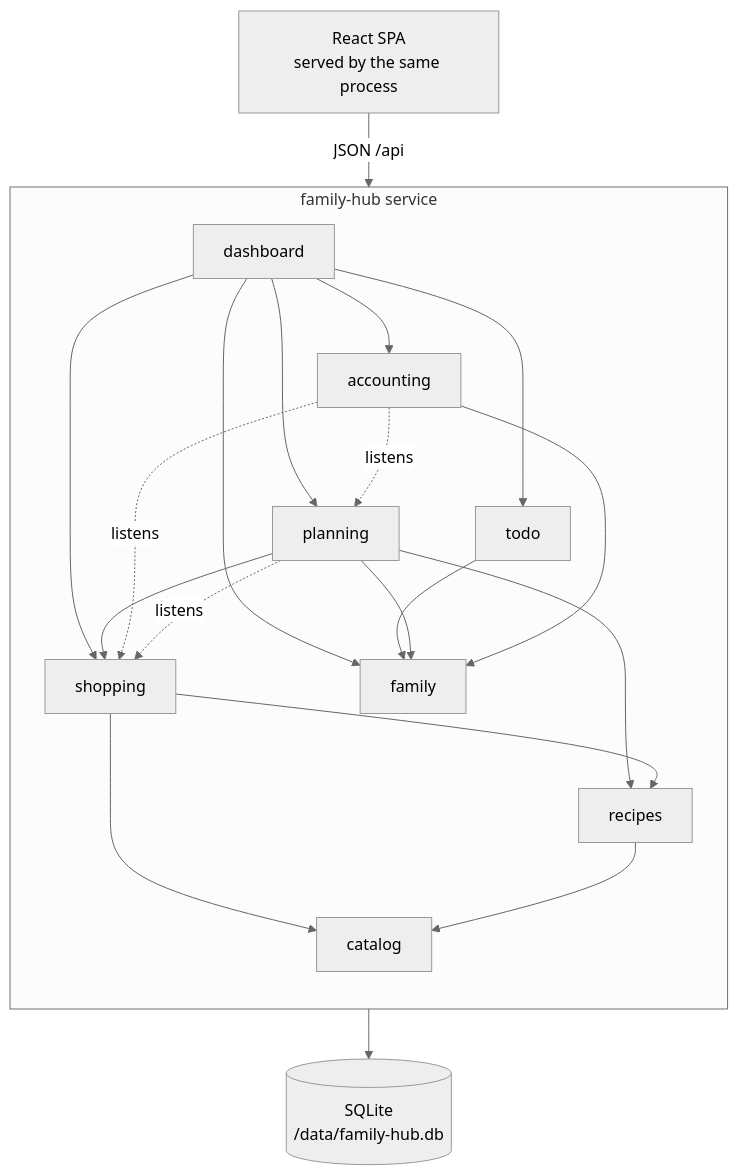
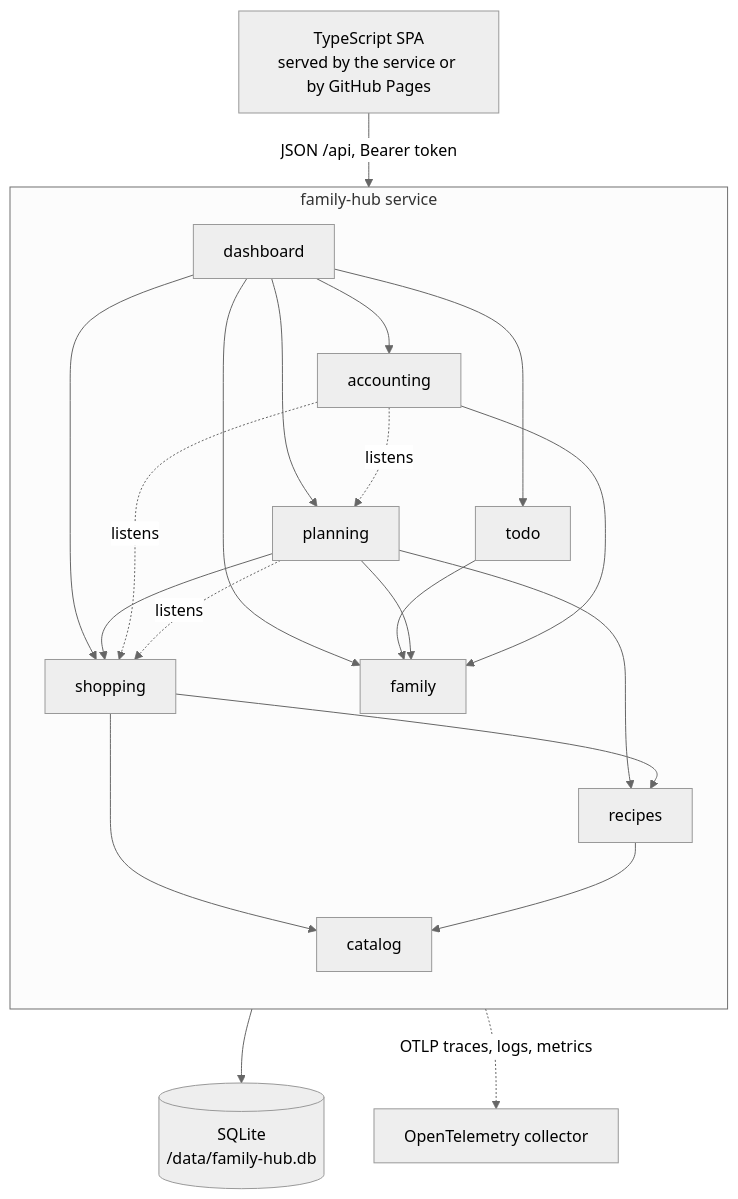
Before and after one commit to alexbosch3000/tools: the first of 4 diagrams in apps/family-hub/docs/architecture.md, drawn with Mermaid (neutral theme). The commit also changed other lines of this file and 11 other files, not shown here.

First line of the commit message:
ci(family-hub): publish the interface on GitHub Pages in place of my-todo-list

````diff
--- a/apps/family-hub/docs/architecture.md
+++ b/apps/family-hub/docs/architecture.md
@@ -65,20 +66,21 @@
 ```mermaid
 flowchart TB
-    UI[React SPA<br>served by the same process] -->|JSON /api| WEB
+    UI[TypeScript SPA<br>served by the service or by GitHub Pages] -->|JSON /api, Bearer token| WEB
 
     subgraph WEB[family-hub service]
         direction TB
         dashboard --> planning & todo & shopping & accounting & family
         planning --> shopping
         planning --> recipes
         shopping --> recipes
         shopping --> catalog
         recipes --> catalog
         todo & planning & accounting --> family
         accounting -. listens .-> planning
         accounting -. listens .-> shopping
         planning -. listens .-> shopping
     end
 
     WEB --> DB[(SQLite<br>/data/family-hub.db)]
+    WEB -. OTLP traces, logs, metrics .-> OTEL[OpenTelemetry collector]
 ```
````
